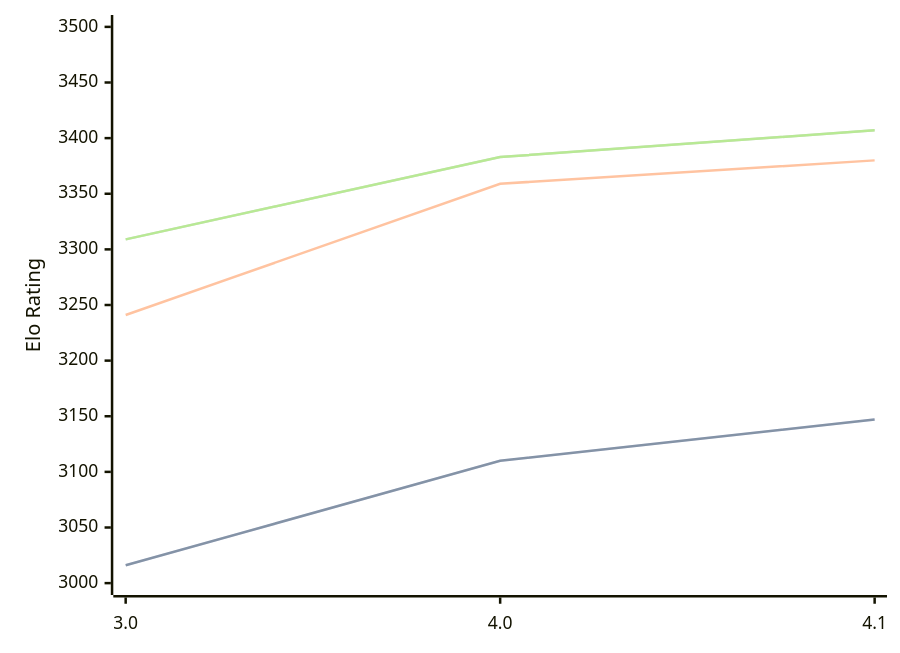
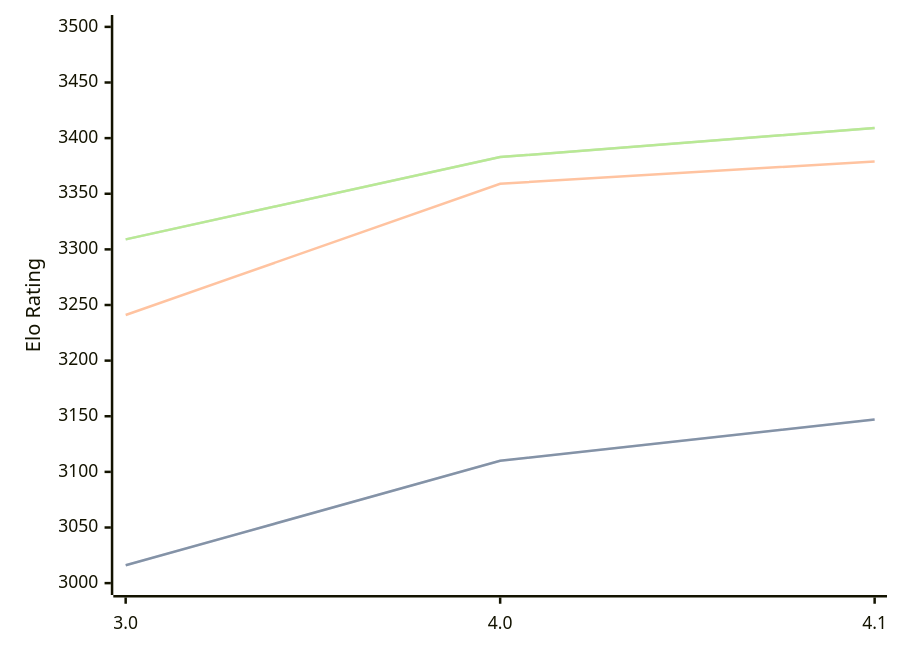
The first of 3 diagrams in engines/Eleanor.md (computer-chess-index/cci), drawn with Mermaid before and after one commit. The commit also changed other lines of this file, not shown here.

Commit message:
Update CCI Ratings (ELO VLTC) - 2026-06-26

````diff
--- a/engines/Eleanor.md
+++ b/engines/Eleanor.md
@@ -35,11 +35,11 @@
 ```mermaid
 %%{init: {"theme":"base","themeVariables":{"seriesColors:['#a3a3a3','#222221','#faa371']}}}%%
 xychart-beta
   x-axis ["3.0", "4.0", "4.1"]
   y-axis "Elo Rating" 3000 --> 3500
   line "STC (8.0+0.08s)" [3016, 3110, 3147]
   line "STC (8.0+0.08s)" [3016, 3110, 3147]
-  line "LTC (60.0+0.60s)" [3241, 3359, 3380]
-  line "VLTC (2m24s+1.12s)" [3309, 3383, 3407]
-  line "VLTC (2m24s+1.12s)" [3309, 3383, 3407]
+  line "LTC (60.0+0.60s)" [3241, 3359, 3379]
+  line "VLTC (2m24s+1.12s)" [3309, 3383, 3409]
+  line "VLTC (2m24s+1.12s)" [3309, 3383, 3409]
 ```
````
